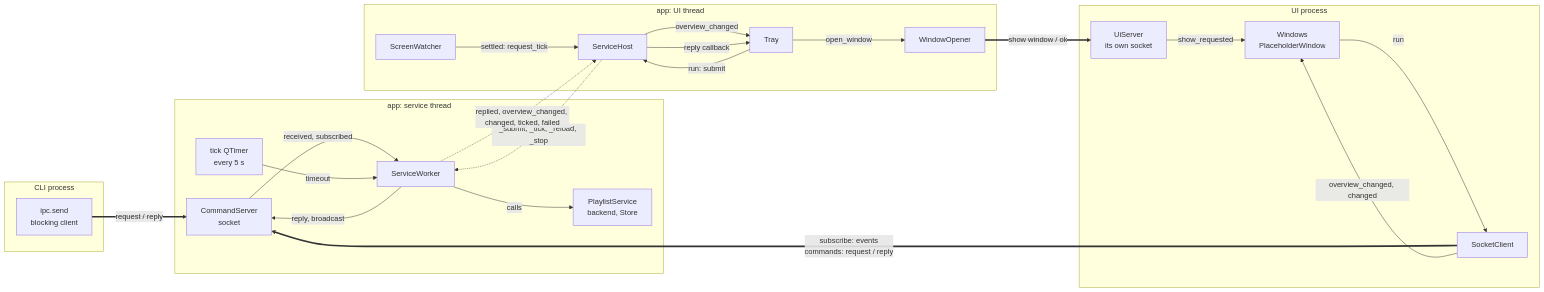
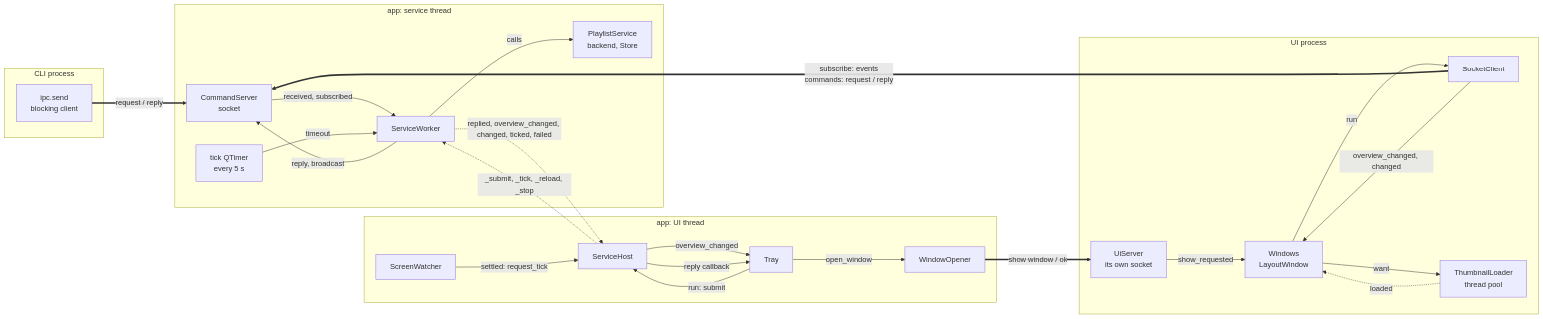
The first of 6 diagrams in docs/app-wiring.md (cheshire0xff/wallpaper_py), drawn with Mermaid before and after one commit. The commit also changed other lines of this file and 29 other files, not shown here.

First line of the commit message:
Phase 4 step 2: the layout window

````diff
--- a/docs/app-wiring.md
+++ b/docs/app-wiring.md
@@ -42,41 +43,44 @@
 ```mermaid
 flowchart LR
     subgraph CLI["CLI process"]
         send["ipc.send<br/>blocking client"]
     end
     subgraph UIP["UI process"]
         uiserver["UiServer<br/>its own socket"]
         client["SocketClient"]
-        windows["Windows<br/>PlaceholderWindow"]
+        windows["Windows<br/>LayoutWindow"]
+        thumbs["ThumbnailLoader<br/>thread pool"]
     end
     subgraph UI["app: UI thread"]
         tray["Tray"]
         opener["WindowOpener"]
         screens["ScreenWatcher"]
         host["ServiceHost"]
     end
     subgraph SVC["app: service thread"]
         server["CommandServer<br/>socket"]
         timer["tick QTimer<br/>every 5 s"]
         worker["ServiceWorker"]
         service["PlaylistService<br/>backend, Store"]
     end
 
     send ==>|"request / reply"| server
     client ==>|"subscribe: events<br/>commands: request / reply"| server
     opener ==>|"show window / ok"| uiserver
     uiserver -->|"show_requested"| windows
     client -->|"overview_changed, changed"| windows
     windows -->|"run"| client
+    windows -->|"want"| thumbs
+    thumbs -.->|"loaded"| windows
     server -->|"received, subscribed"| worker
     worker -->|"reply, broadcast"| server
     tray -->|"open_window"| opener
     tray -->|"run: submit"| host
     screens -->|"settled: request_tick"| host
     host -.->|"_submit, _tick, _reload, _stop"| worker
     timer -->|"timeout"| worker
     worker -->|"calls"| service
     worker -.->|"replied, overview_changed, changed, ticked, failed"| host
     host -->|"overview_changed"| tray
     host -->|"reply callback"| tray
 ```
````
